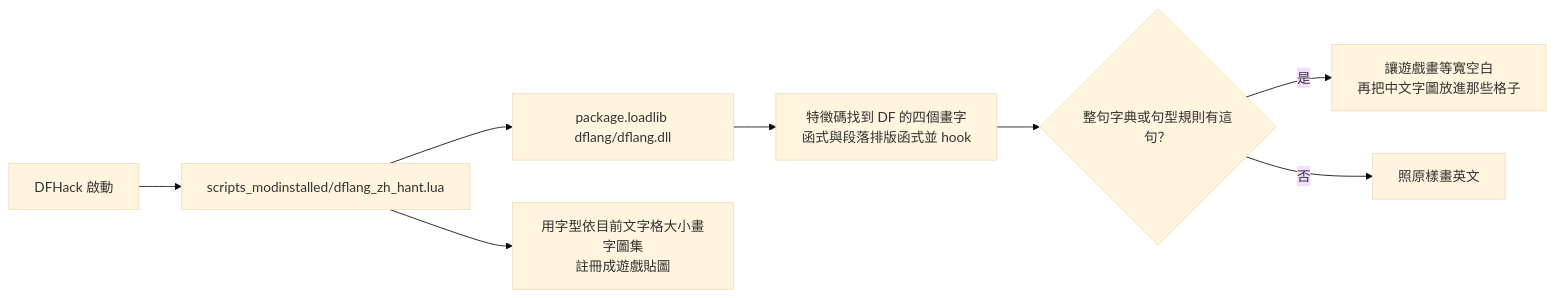
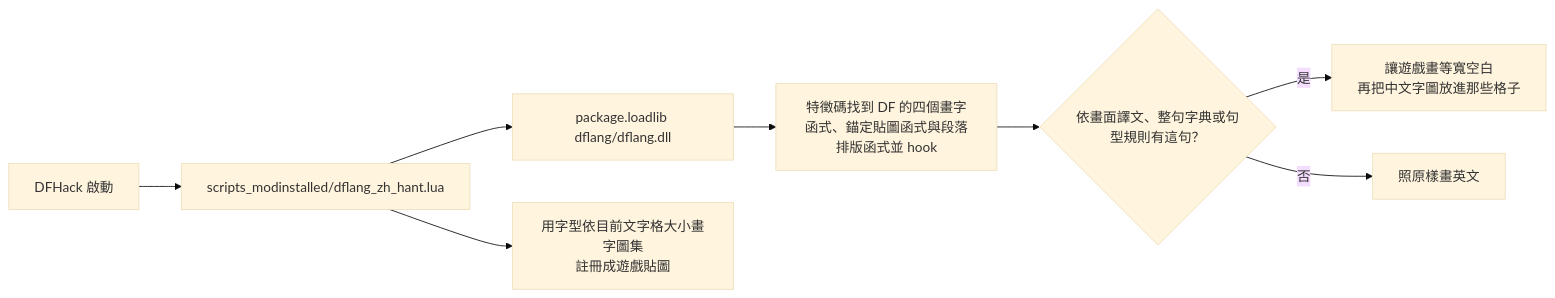
One commit to Minidoracat/MinidoracatDFLang changed the diagram in README.md. Above: the diagram before and after it, drawn with Mermaid (base theme). The commit also changed other lines of this file and 16 other files, not shown here.

First line of the commit message:
引擎：錨定貼圖分頁標籤、依畫面譯文、段落改在畫字時換中文

````diff
--- a/README.md
+++ b/README.md
@@ -23,10 +23,10 @@
 ```mermaid
 flowchart LR
   A[DFHack 啟動] --> B[scripts_modinstalled/dflang_zh_hant.lua]
   B --> C[package.loadlib dflang/dflang.dll]
   B --> D[用字型依目前文字格大小畫字圖集<br>註冊成遊戲貼圖]
-  C --> E[特徵碼找到 DF 的四個畫字函式與段落排版函式並 hook]
-  E --> F{整句字典或句型規則有這句？}
+  C --> E[特徵碼找到 DF 的四個畫字函式、錨定貼圖函式與段落排版函式並 hook]
+  E --> F{依畫面譯文、整句字典或句型規則有這句？}
   F -->|是| G[讓遊戲畫等寬空白<br>再把中文字圖放進那些格子]
   F -->|否| H[照原樣畫英文]
 ```
````
